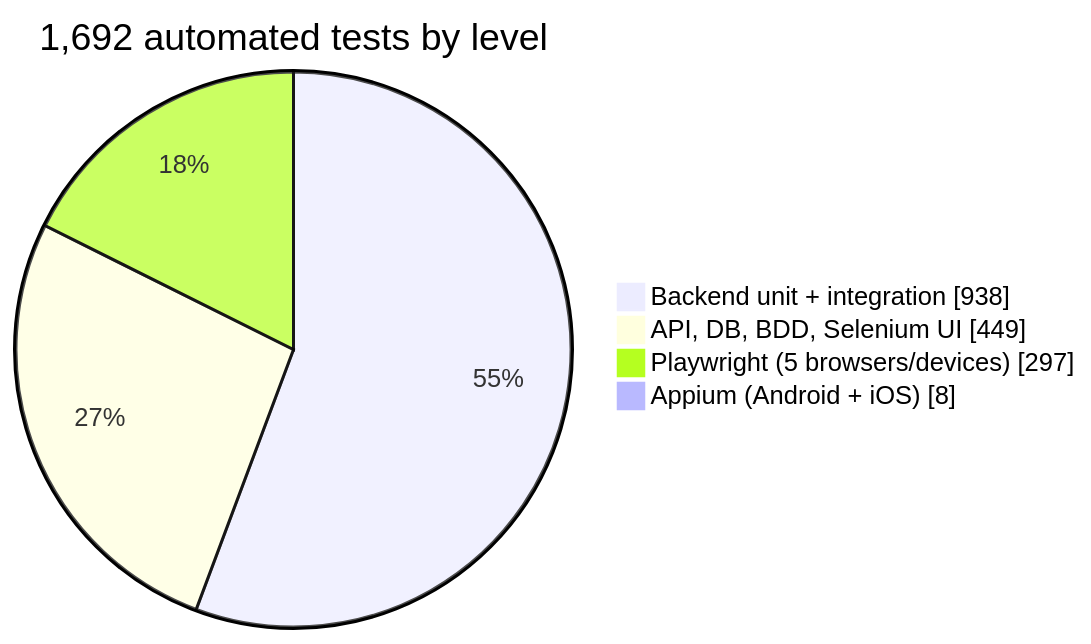
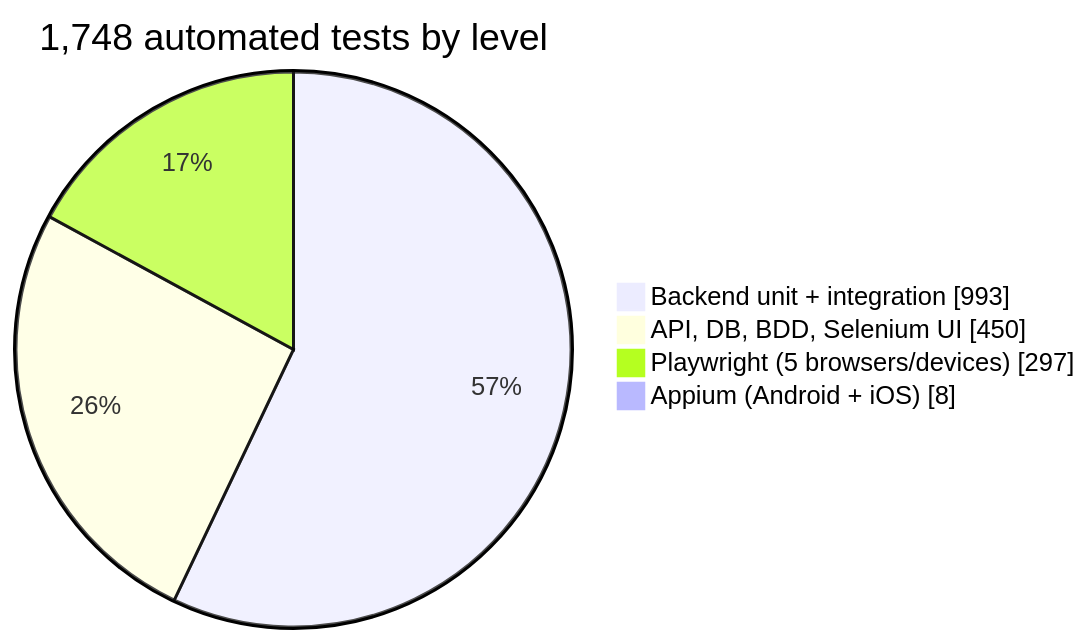
The first of 2 diagrams in README.md (rbchy/RbcTcsWorld), drawn with Mermaid before and after one commit. The commit also changed other lines of this file and 3 other files, not shown here.

````diff
--- a/README.md
+++ b/README.md
@@ -44,8 +44,8 @@
 ```mermaid
 pie showData
-    title 1,692 automated tests by level
-    "Backend unit + integration" : 938
-    "API, DB, BDD, Selenium UI" : 449
+    title 1,748 automated tests by level
+    "Backend unit + integration" : 993
+    "API, DB, BDD, Selenium UI" : 450
     "Playwright (5 browsers/devices)" : 297
     "Appium (Android + iOS)" : 8
 ```
````
